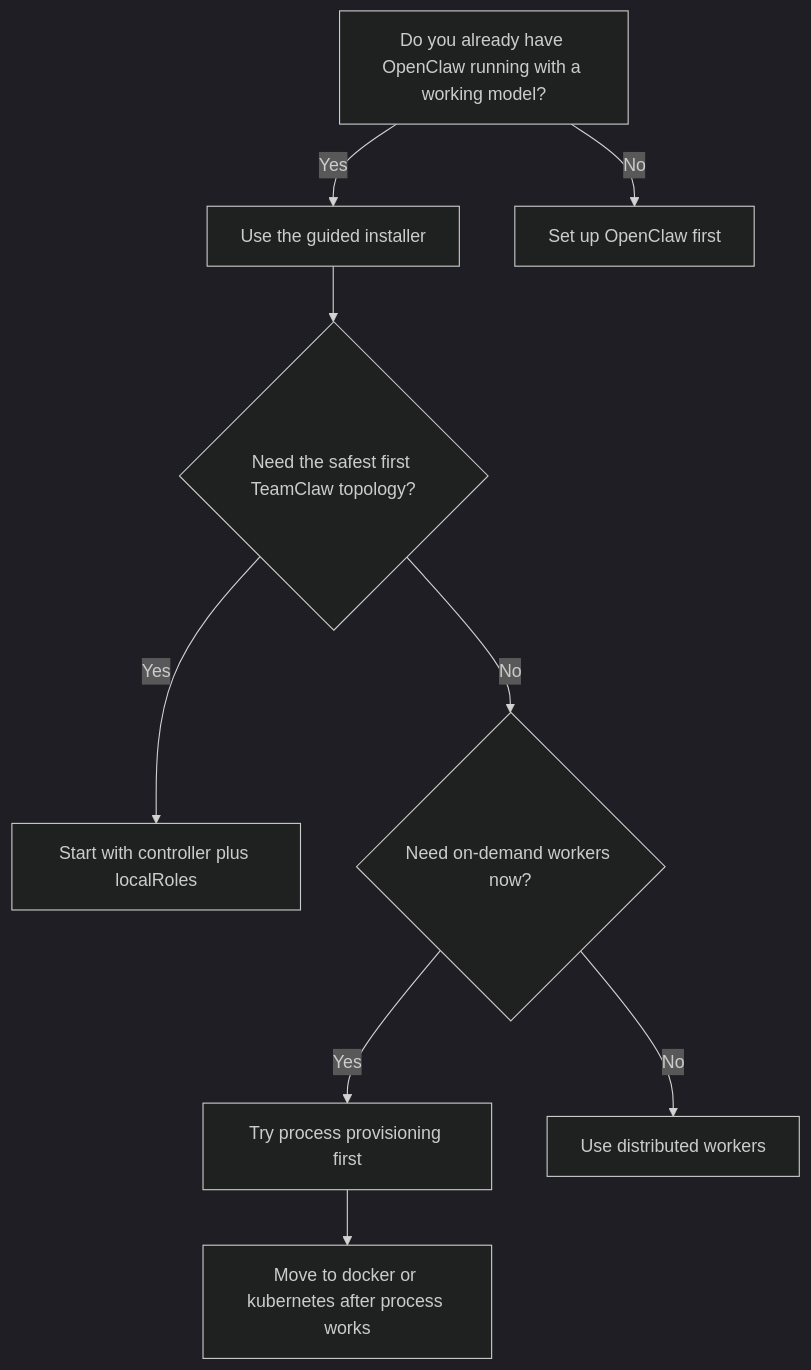
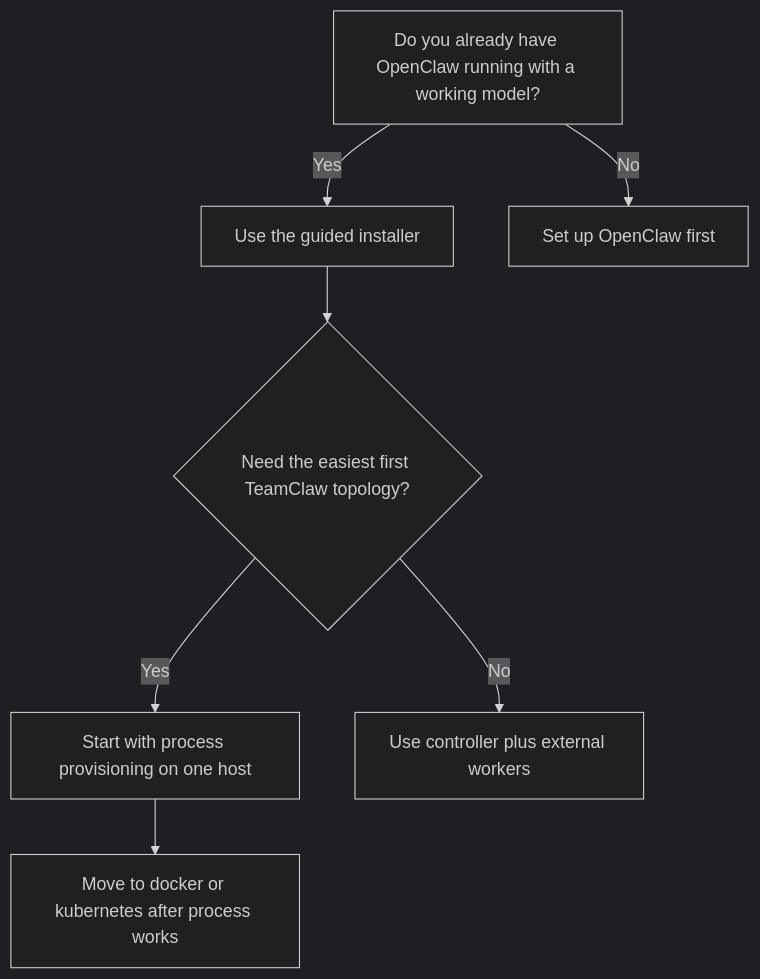
The diagram in INSTALL.md (topcheer/teamclaw), drawn with Mermaid (dark theme) before and after one commit. The commit also changed other lines of this file and 196 other files, not shown here.

Commit message:
feat: harden TeamClaw orchestration and app QA flow

````diff
--- a/INSTALL.md
+++ b/INSTALL.md
@@ -24,11 +98,9 @@
 ```mermaid
 flowchart TD
     A[Do you already have OpenClaw running with a working model?] -->|Yes| B[Use the guided installer]
     A -->|No| C[Set up OpenClaw first]
-    B --> D{Need the safest first TeamClaw topology?}
-    D -->|Yes| E[Start with controller plus localRoles]
-    D -->|No| F{Need on-demand workers now?}
-    F -->|Yes| G[Try process provisioning first]
-    F -->|No| H[Use distributed workers]
-    G --> I[Move to docker or kubernetes after process works]
+    B --> D{Need the easiest first TeamClaw topology?}
+    D -->|Yes| E[Start with process provisioning on one host]
+    D -->|No| F[Use controller plus external workers]
+    E --> G[Move to docker or kubernetes after process works]
 ```
````
